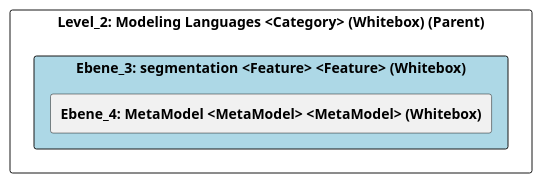
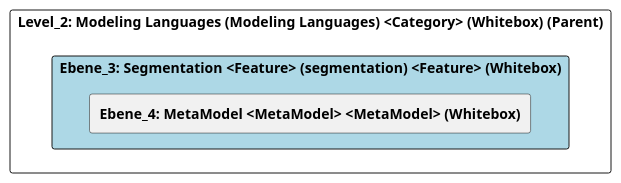
The diagram in doc/cleonproject_deliverables_architecture_model_architecture/adoc/de/05_bausteinsicht/cleon/modeling_languages/segmentation/ebene_3_segmentation.adoc (marcozwyssig/cleon), drawn with PlantUML before and after one commit. The commit also changed other lines of this file and 166 other files, not shown here.

```diff
--- a/doc/cleonproject_deliverables_architecture_model_architecture/adoc/de/05_bausteinsicht/cleon/modeling_languages/segmentation/ebene_3_segmentation.adoc
+++ b/doc/cleonproject_deliverables_architecture_model_architecture/adoc/de/05_bausteinsicht/cleon/modeling_languages/segmentation/ebene_3_segmentation.adoc
@@ -20,26 +20,26 @@
-[plantuml, Ebene_3: segmentation <Feature> <Feature> (Whitebox)BlockOverview, format="svg"]
+[plantuml, Ebene_3: Segmentation <Feature> (segmentation) <Feature> (Whitebox)BlockOverview, format="svg"]
 ----
-@startuml Ebene_3: segmentation <Feature> <Feature> (Whitebox)BuildingBlockOverview
+@startuml Ebene_3: Segmentation <Feature> (segmentation) <Feature> (Whitebox)BuildingBlockOverview
 
 skinparam ranksep 10
 skinparam componentStyle rectangle
 skinparam shadowing false
 skinparam arrowColor lightblue
 skinparam arrowThickness 1.2
 skinparam rectangle {
   BackgroundColor White
   BorderColor #333
   RoundCorner 10
 }
 top to bottom direction
 
-component "Level_2: Modeling Languages <Category> (Whitebox) (Parent)" {
-    component "Ebene_3: segmentation <Feature> <Feature> (Whitebox)" #lightblue {
+component "Level_2: Modeling Languages (Modeling Languages) <Category> (Whitebox) (Parent)" {
+    component "Ebene_3: Segmentation <Feature> (segmentation) <Feature> (Whitebox)" #lightblue {
         [**Ebene_4: MetaModel <MetaModel> <MetaModel> (Whitebox)**] as 4A56B728_D579_11EE_903E_9F564E4DE07E
     }
 
     
 }
 
 @enduml
 ----
```
